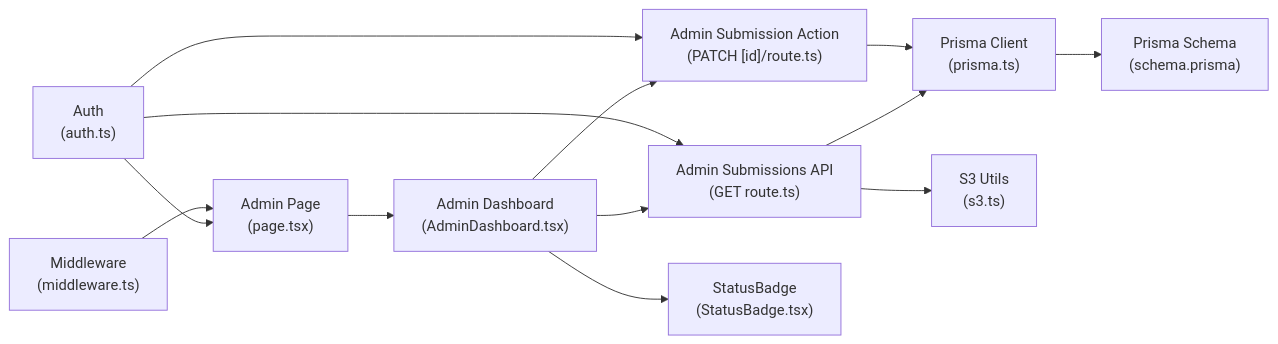
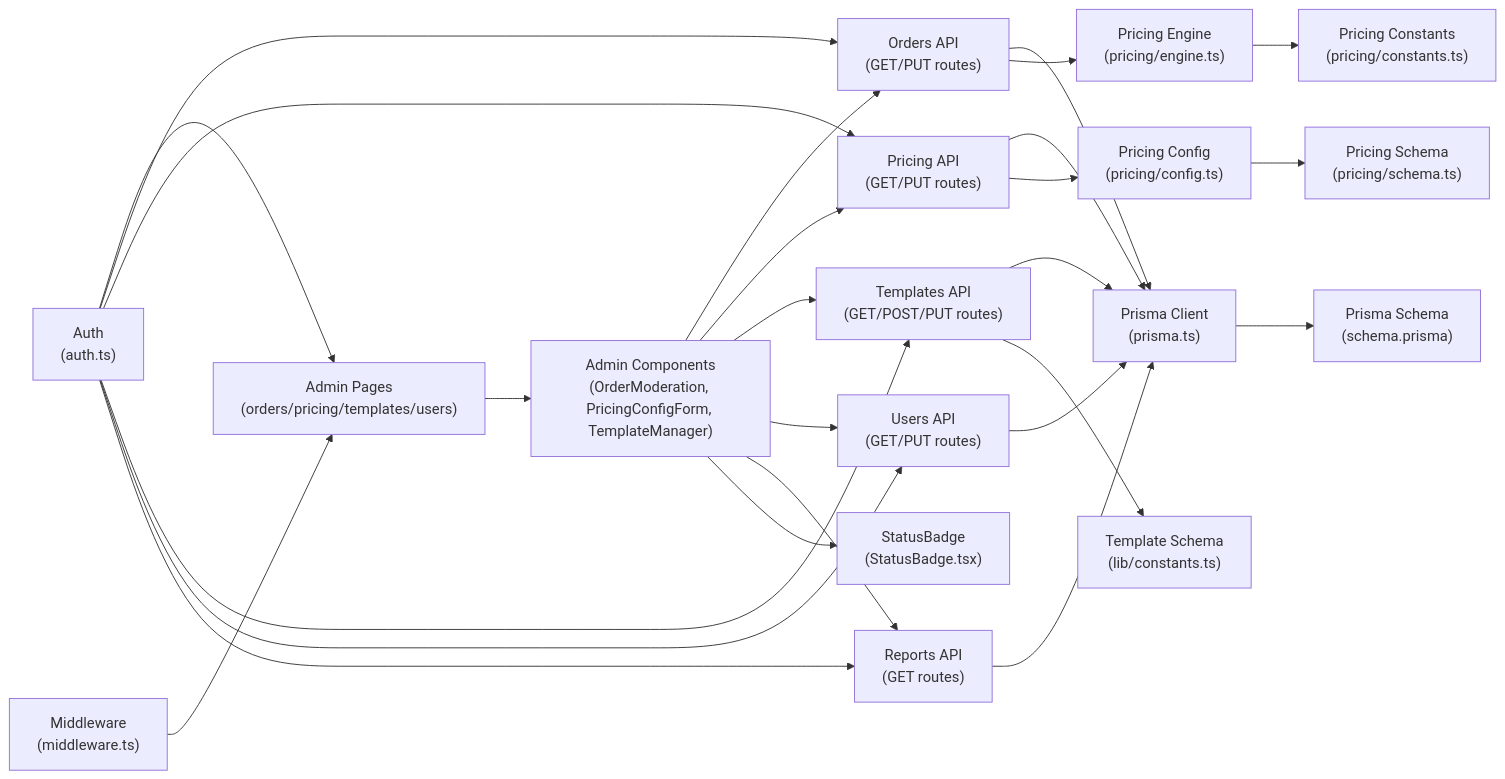
Before and after one commit to Crowdspender/titchybooks-app: the eighth of 9 diagrams in .qoder/repowiki/en/content/Administrative Features/Administrative Features.md, drawn with Mermaid. The commit also changed other lines of this file and 62 other files, not shown here.

````diff
--- a/.qoder/repowiki/en/content/Administrative Features/Administrative Features.md
+++ b/.qoder/repowiki/en/content/Administrative Features/Administrative Features.md
@@ -300,15 +561,28 @@
 ```mermaid
 graph LR
-AdminPage["Admin Page<br/>(page.tsx)"] --> AdminDashboard["Admin Dashboard<br/>(AdminDashboard.tsx)"]
-AdminDashboard --> SubmissionsAPI["Admin Submissions API<br/>(GET route.ts)"]
-AdminDashboard --> ActionAPI["Admin Submission Action<br/>(PATCH [id]/route.ts)"]
-SubmissionsAPI --> Prisma["Prisma Client<br/>(prisma.ts)"]
-ActionAPI --> Prisma
-SubmissionsAPI --> S3["S3 Utils<br/>(s3.ts)"]
-AdminDashboard --> StatusBadge["StatusBadge<br/>(StatusBadge.tsx)"]
-Auth["Auth<br/>(auth.ts)"] --> AdminPage
-Auth --> SubmissionsAPI
-Auth --> ActionAPI
-Middleware["Middleware<br/>(middleware.ts)"] --> AdminPage
+AdminPages["Admin Pages<br/>(orders/pricing/templates/users)"] --> AdminComponents["Admin Components<br/>(OrderModeration, PricingConfigForm, TemplateManager)"]
+AdminComponents --> OrdersAPI["Orders API<br/>(GET/PUT routes)"]
+AdminComponents --> PricingAPI["Pricing API<br/>(GET/PUT routes)"]
+AdminComponents --> TemplatesAPI["Templates API<br/>(GET/POST/PUT routes)"]
+AdminComponents --> UsersAPI["Users API<br/>(GET/PUT routes)"]
+AdminComponents --> ReportsAPI["Reports API<br/>(GET routes)"]
+OrdersAPI --> Prisma["Prisma Client<br/>(prisma.ts)"]
+PricingAPI --> Prisma
+TemplatesAPI --> Prisma
+UsersAPI --> Prisma
+ReportsAPI --> Prisma
+OrdersAPI --> PricingEngine["Pricing Engine<br/>(pricing/engine.ts)"]
+PricingAPI --> PricingConfig["Pricing Config<br/>(pricing/config.ts)"]
+TemplatesAPI --> TemplateSchema["Template Schema<br/>(lib/constants.ts)"]
+AdminComponents --> StatusBadge["StatusBadge<br/>(StatusBadge.tsx)"]
+Auth["Auth<br/>(auth.ts)"] --> AdminPages
+Auth --> OrdersAPI
+Auth --> PricingAPI
+Auth --> TemplatesAPI
+Auth --> UsersAPI
+Auth --> ReportsAPI
+Middleware["Middleware<br/>(middleware.ts)"] --> AdminPages
 Prisma --> Schema["Prisma Schema<br/>(schema.prisma)"]
+PricingEngine --> PricingConstants["Pricing Constants<br/>(pricing/constants.ts)"]
+PricingConfig --> PricingSchema["Pricing Schema<br/>(pricing/schema.ts)"]
 ```
````
